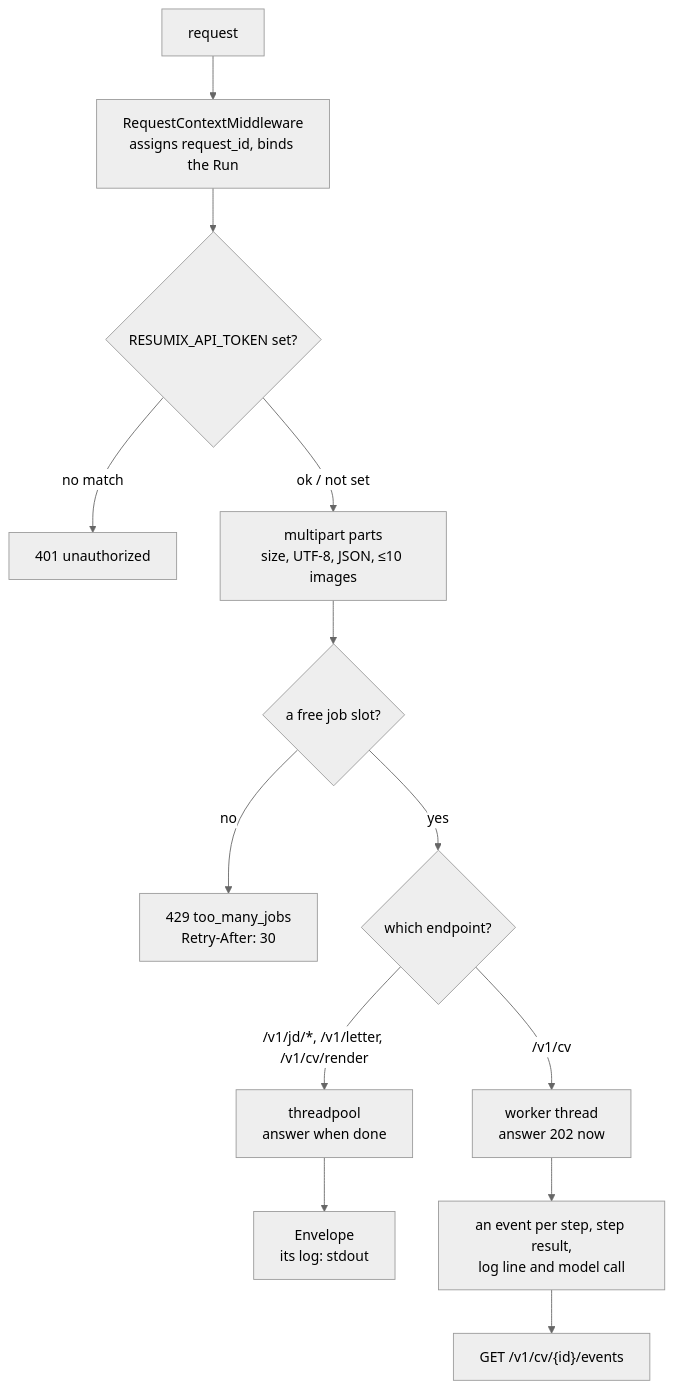
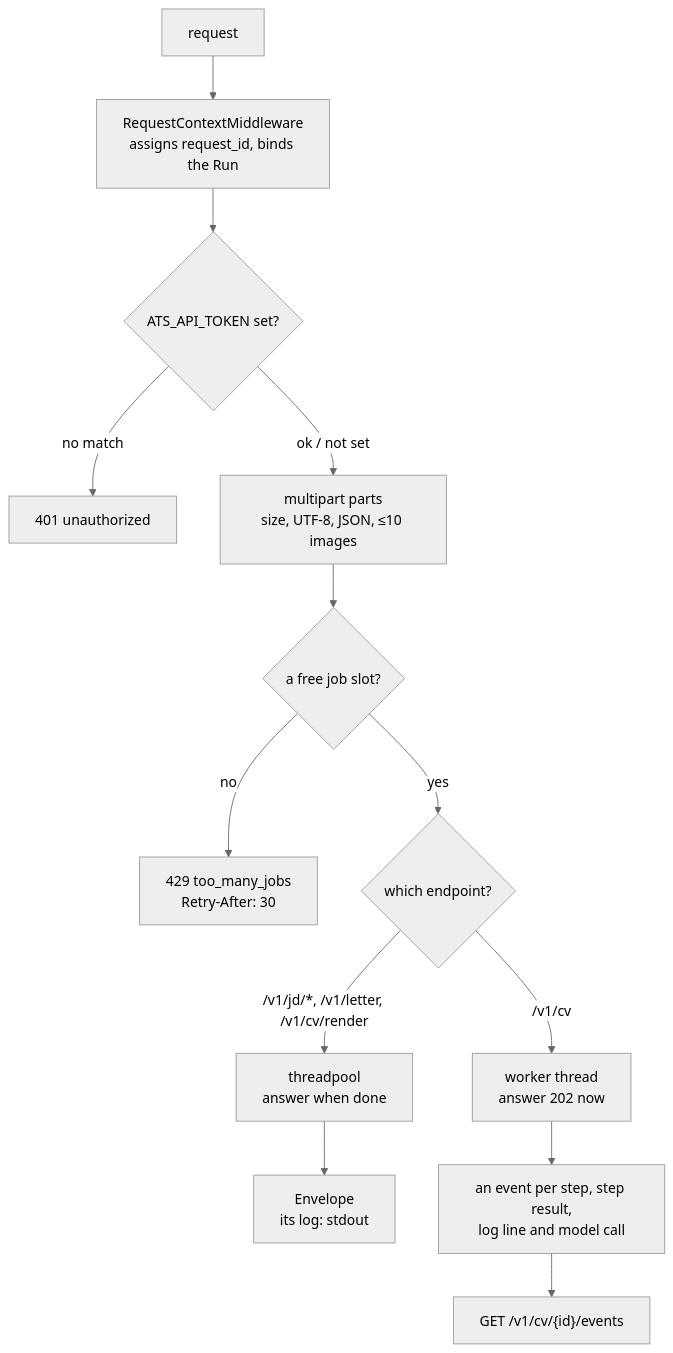
Before and after one commit to gcontini/ats-strike: the second of 2 diagrams in doc/architecture.md, drawn with Mermaid (neutral theme). The commit also changed other lines of this file and 229 other files, not shown here.

````diff
--- a/doc/architecture.md
+++ b/doc/architecture.md
@@ -80,15 +80,15 @@
 ```mermaid
 flowchart TB
     REQ["request"] --> MW["RequestContextMiddleware<br/>assigns request_id, binds the Run"]
-    MW --> AUTH{"RESUMIX_API_TOKEN set?"}
+    MW --> AUTH{"ATS_API_TOKEN set?"}
     AUTH -->|"no match"| E401["401 unauthorized"]
     AUTH -->|"ok / not set"| PARTS["multipart parts<br/>size, UTF-8, JSON, ≤10 images"]
     PARTS --> SLOT{"a free job slot?"}
     SLOT -->|"no"| E429["429 too_many_jobs<br/>Retry-After: 30"]
     SLOT -->|"yes"| KIND{"which endpoint?"}
     KIND -->|"/v1/jd/*, /v1/letter, /v1/cv/render"| POOL["threadpool<br/>answer when done"]
     KIND -->|"/v1/cv"| THREAD["worker thread<br/>answer 202 now"]
     POOL --> ENV["Envelope<br/>its log: stdout"]
     THREAD --> EVENTS["an event per step, step result,<br/>log line and model call"]
     EVENTS --> STREAM["GET /v1/cv/{id}/events"]
 ```
````
